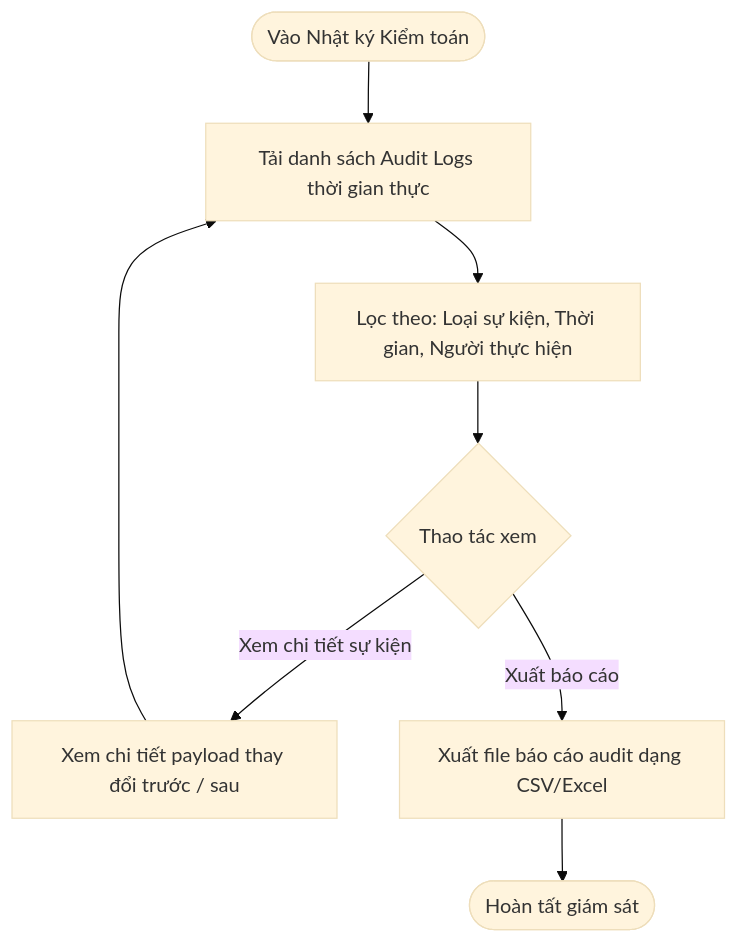
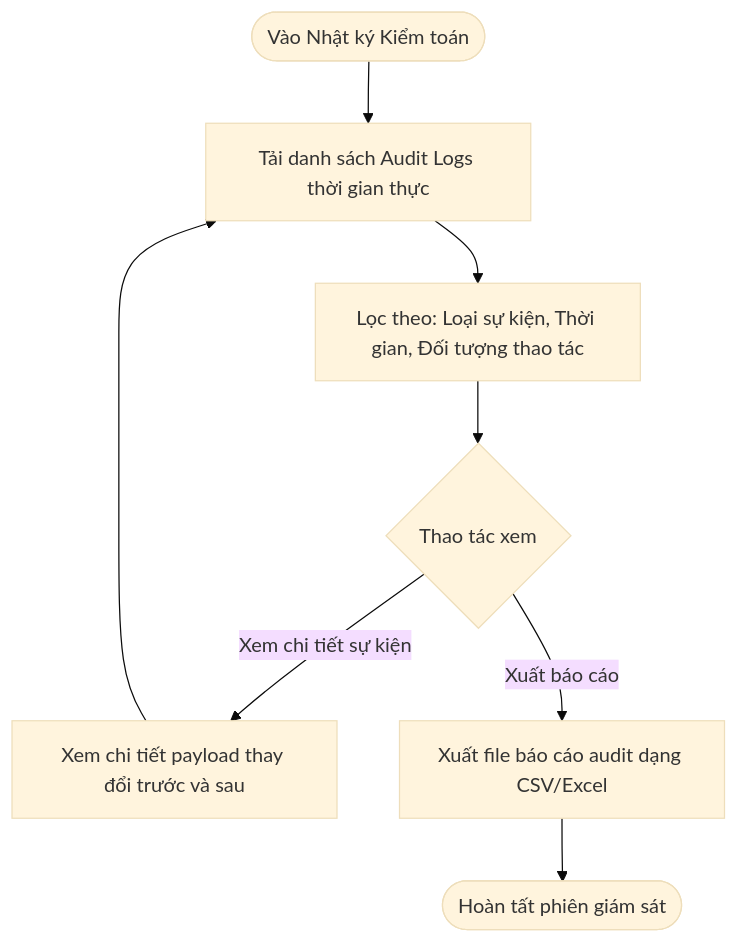
One commit to pbl6-home-renter/docs changed the sixth of 6 diagrams in phase-1/discovery/user_flow/admin_user_flow.md. Above: the diagram before and after it, drawn with Mermaid (base theme). The commit also changed other lines of this file and 3 other files, not shown here.

````diff
--- a/phase-1/discovery/user_flow/admin_user_flow.md
+++ b/phase-1/discovery/user_flow/admin_user_flow.md
@@ -190,12 +190,12 @@
 ```mermaid
 flowchart TD
     StartAudit([Vào Nhật ký Kiểm toán]) --> LoadLogs[Tải danh sách Audit Logs thời gian thực]
-    LoadLogs --> ApplyFilter[Lọc theo: Loại sự kiện, Thời gian, Người thực hiện]
+    LoadLogs --> ApplyFilter[Lọc theo: Loại sự kiện, Thời gian, Đối tượng thao tác]
+    
     ApplyFilter --> LogAction{Thao tác xem}
-    
-    LogAction -->|Xem chi tiết sự kiện| ViewPayload[Xem chi tiết payload thay đổi trước / sau]
+    LogAction -->|Xem chi tiết sự kiện| ViewPayload[Xem chi tiết payload thay đổi trước và sau]
     LogAction -->|Xuất báo cáo| ExportData[Xuất file báo cáo audit dạng CSV/Excel]
     
     ViewPayload --> LoadLogs
-    ExportData --> EndAudit([Hoàn tất giám sát])
+    ExportData --> EndAudit([Hoàn tất phiên giám sát])
 ```
````
